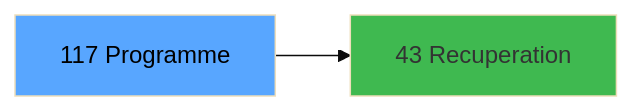
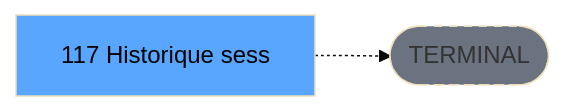
Before and after one commit to thonyAGP/lecteur-magic: the third of 3 diagrams in .openspec/specs/ADH-IDE-117.md, drawn with Mermaid (base theme). The commit also changed other lines of this file and 701 other files, not shown here.

````diff
--- a/.openspec/specs/ADH-IDE-117.md
+++ b/.openspec/specs/ADH-IDE-117.md
@@ -135,8 +136,8 @@
 ```mermaid
 graph LR
-    T[117 Programme]
-    C43[43 Recuperation]
-    T --> C43
+    T[117 Historique sess]
+    TERM([TERMINAL])
+    T -.-> TERM
+    style TERM fill:#6b7280,stroke-dasharray: 5 5
     style T fill:#58a6ff,color:#000
-    style C43 fill:#3fb950
 ```
````
